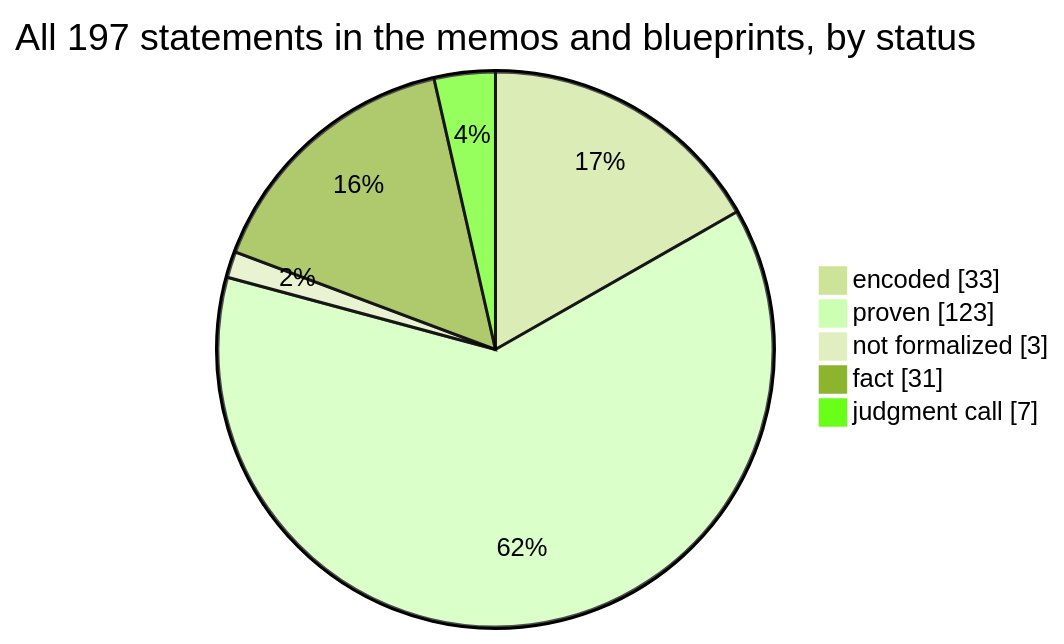
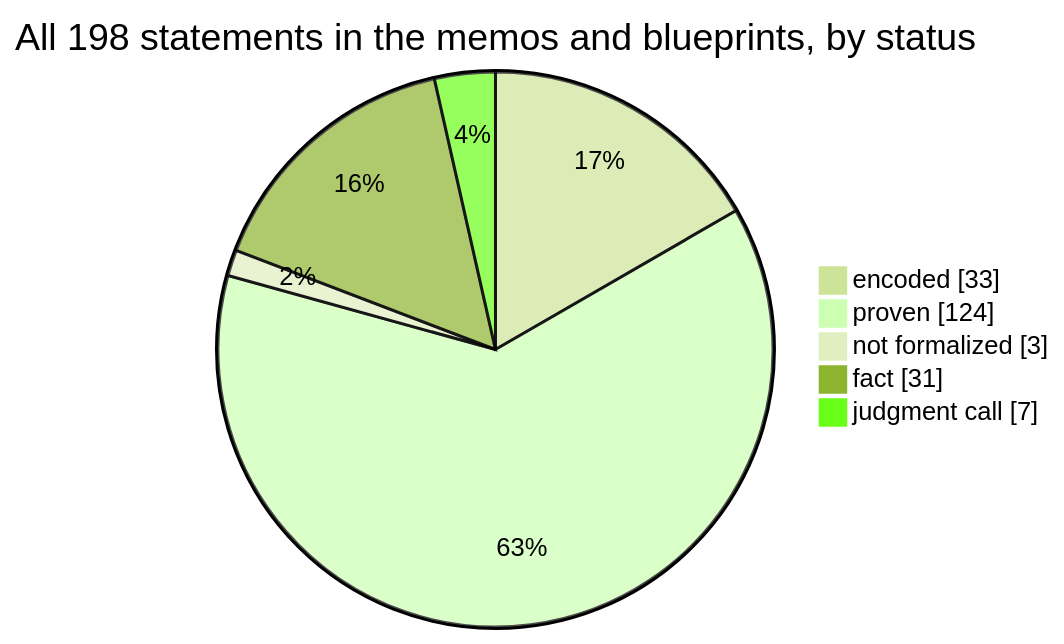
Before and after one commit to SeanWMurray/Canteen: the first of 4 diagrams in docs/graphs/dashboard.md, drawn with Mermaid (forest theme). The commit also changed other lines of this file and 14 other files, not shown here.

````diff
--- a/docs/graphs/dashboard.md
+++ b/docs/graphs/dashboard.md
@@ -11,8 +11,8 @@
 ```mermaid
-pie showData title All 197 statements in the memos and blueprints, by status
+pie showData title All 198 statements in the memos and blueprints, by status
     "encoded" : 33
-    "proven" : 123
+    "proven" : 124
     "not formalized" : 3
     "fact" : 31
     "judgment call" : 7
 ```
````
